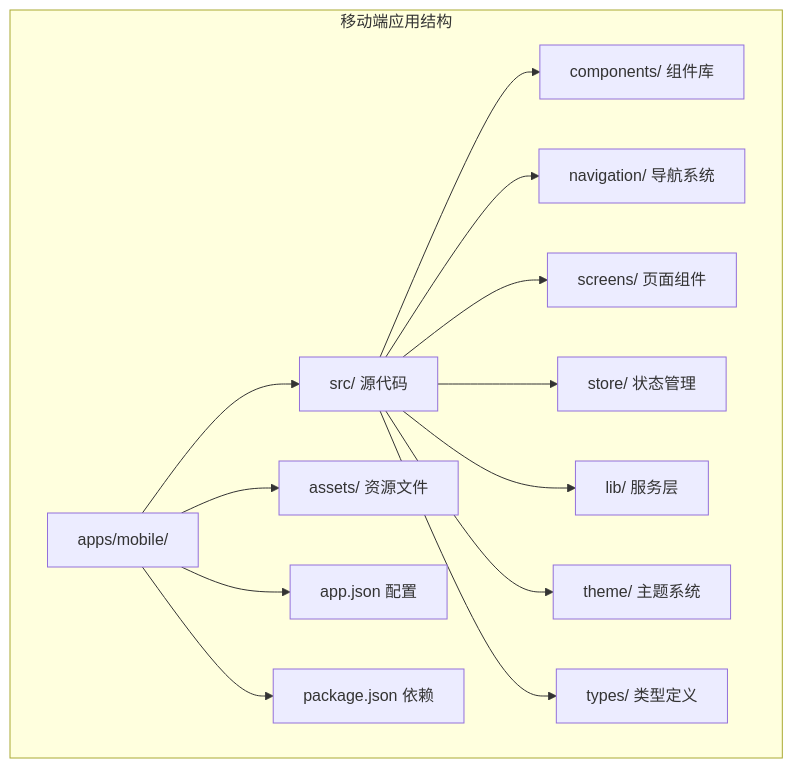
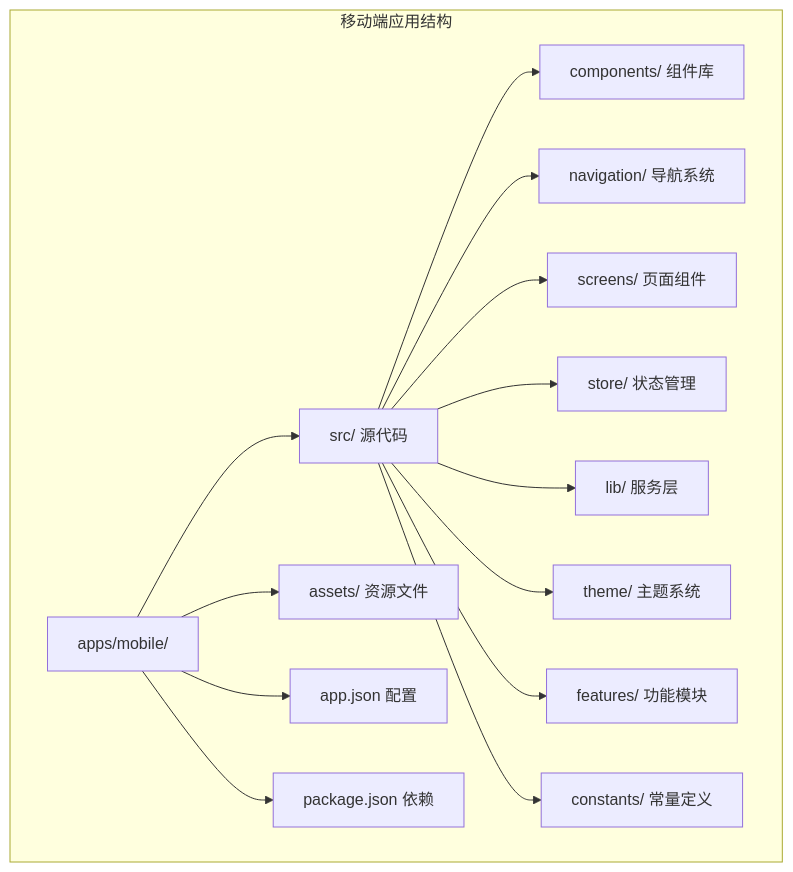
Before and after one commit to AvatoLabs/avato: the first of 14 diagrams in .qoder/repowiki/zh/content/开发指南/移动端开发指南.md, drawn with Mermaid. The commit also changed other lines of this file and 158 other files, not shown here.

````diff
--- a/.qoder/repowiki/zh/content/开发指南/移动端开发指南.md
+++ b/.qoder/repowiki/zh/content/开发指南/移动端开发指南.md
@@ -40,16 +63,17 @@
 ```mermaid
 graph TB
 subgraph "移动端应用结构"
 A[apps/mobile/] --> B[src/ 源代码]
 A --> C[assets/ 资源文件]
 A --> D[app.json 配置]
 A --> E[package.json 依赖]
 B --> F[components/ 组件库]
 B --> G[navigation/ 导航系统]
 B --> H[screens/ 页面组件]
 B --> I[store/ 状态管理]
 B --> J[lib/ 服务层]
 B --> K[theme/ 主题系统]
-B --> L[types/ 类型定义]
+B --> L[features/ 功能模块]
+B --> M[constants/ 常量定义]
 end
 ```
````
